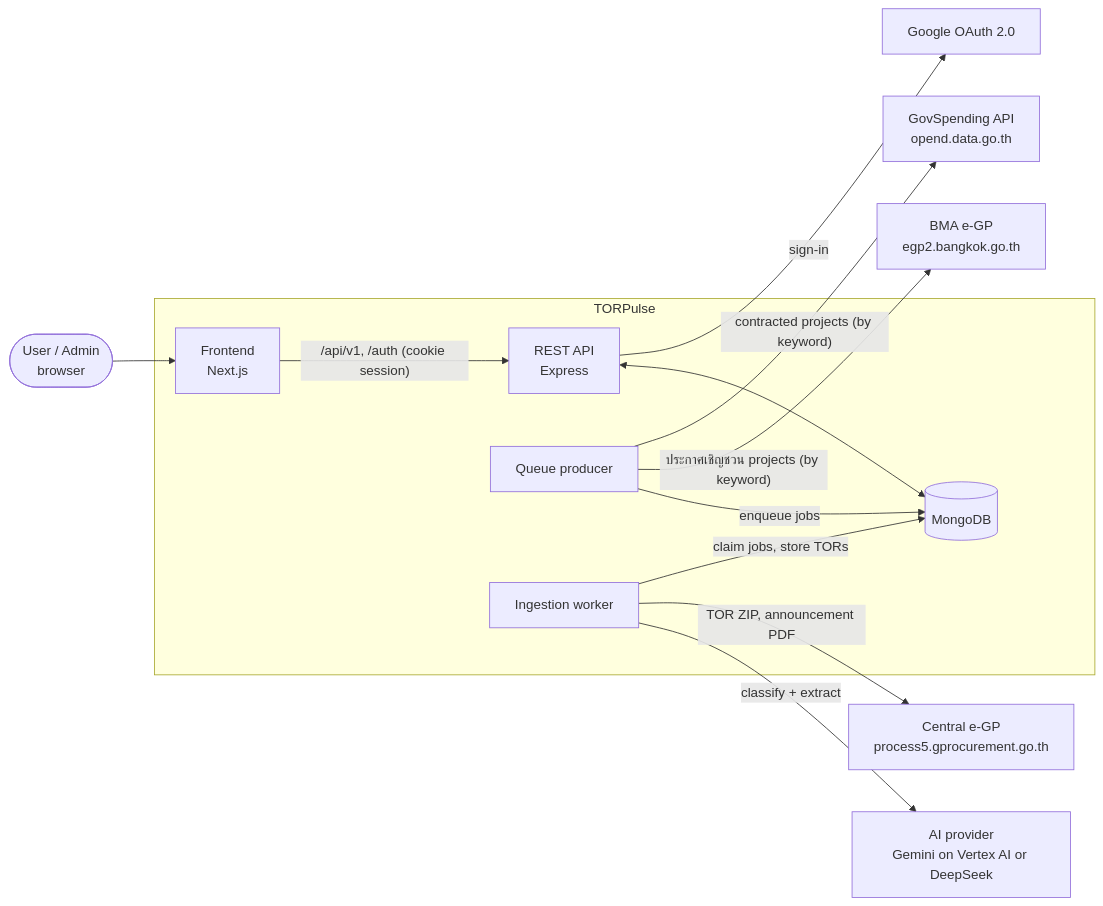
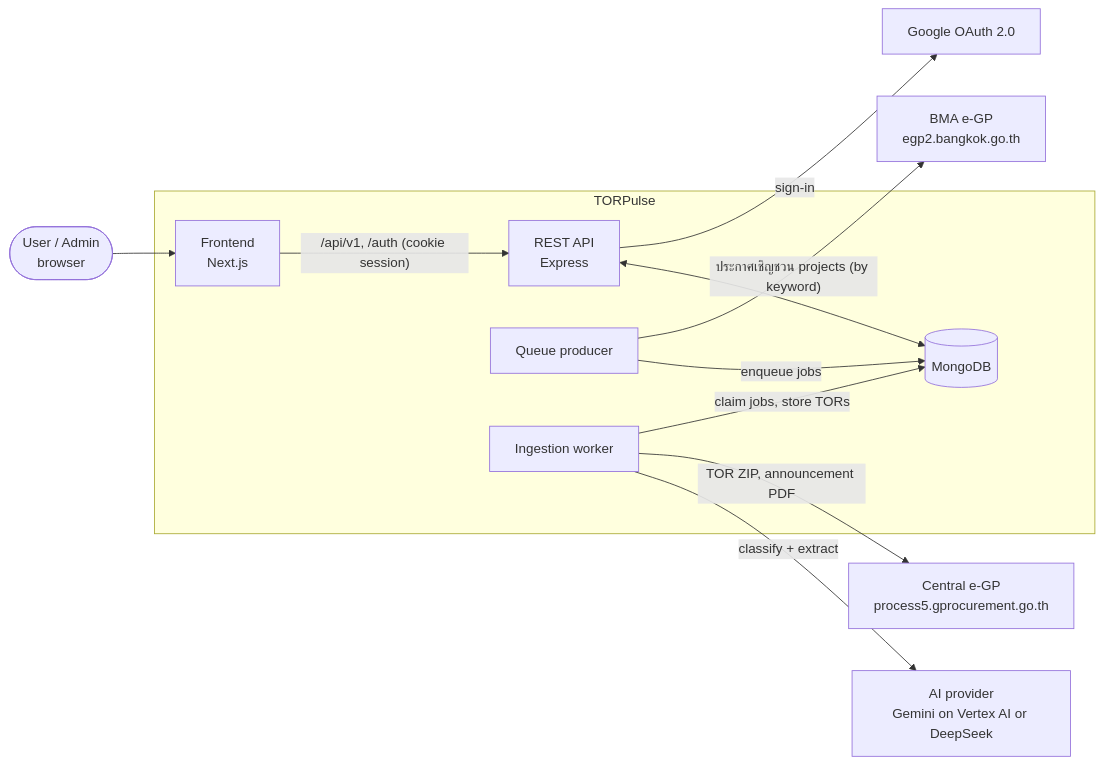
Before and after one commit to Doggo-CSP/TORPulse: the first of 5 diagrams in docs/system-architecture.md, drawn with Mermaid. The commit also changed other lines of this file and 24 other files, not shown here.

````diff
--- a/docs/system-architecture.md
+++ b/docs/system-architecture.md
@@ -7,29 +7,27 @@
 ```mermaid
 flowchart LR
   user([User / Admin<br/>browser])
 
   subgraph torpulse[TORPulse]
     fe[Frontend<br/>Next.js]
     api[REST API<br/>Express]
     producer[Queue producer]
     worker[Ingestion worker]
     db[(MongoDB)]
   end
 
   google[Google OAuth 2.0]
-  gov[GovSpending API<br/>opend.data.go.th]
   bma[BMA e-GP<br/>egp2.bangkok.go.th]
   egp[Central e-GP<br/>process5.gprocurement.go.th]
   ai[AI provider<br/>Gemini on Vertex AI or DeepSeek]
 
   user --> fe
   fe -- "/api/v1, /auth (cookie session)" --> api
   api -- sign-in --> google
   api <--> db
-  producer -- "contracted projects (by keyword)" --> gov
   producer -- "ประกาศเชิญชวน projects (by keyword)" --> bma
   producer -- enqueue jobs --> db
   worker -- "claim jobs, store TORs" --> db
   worker -- "TOR ZIP, announcement PDF" --> egp
   worker -- classify + extract --> ai
 ```
````
